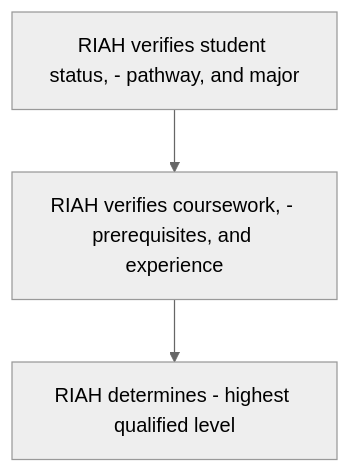
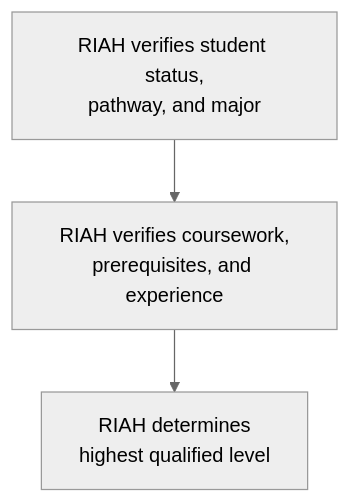
One commit to RIAHPathway/Website-Draft changed the third of 18 diagrams in RIAH-PATHWAY-EXPERIENTIAL-STRUCTURE/EXPERIENTIAL-STRUCTURE.md. Above: the diagram before and after it, drawn with Mermaid (neutral theme). The commit also changed other lines of this file, not shown here.

Commit message:
Fix Mermaid rendering in experiential structure

````diff
--- a/RIAH-PATHWAY-EXPERIENTIAL-STRUCTURE/EXPERIENTIAL-STRUCTURE.md
+++ b/RIAH-PATHWAY-EXPERIENTIAL-STRUCTURE/EXPERIENTIAL-STRUCTURE.md
@@ -504,5 +504,5 @@
 ```mermaid
-flowchart TD
-    A["RIAH verifies student status, - pathway, and major"] --> B["RIAH verifies coursework, - prerequisites, and experience"]
-    B --> C["RIAH determines - highest qualified level"]
+graph TD
+    A["RIAH verifies student status,<br/>pathway, and major"] --> B["RIAH verifies coursework,<br/>prerequisites, and experience"]
+    B --> C["RIAH determines<br/>highest qualified level"]
 ```
````
